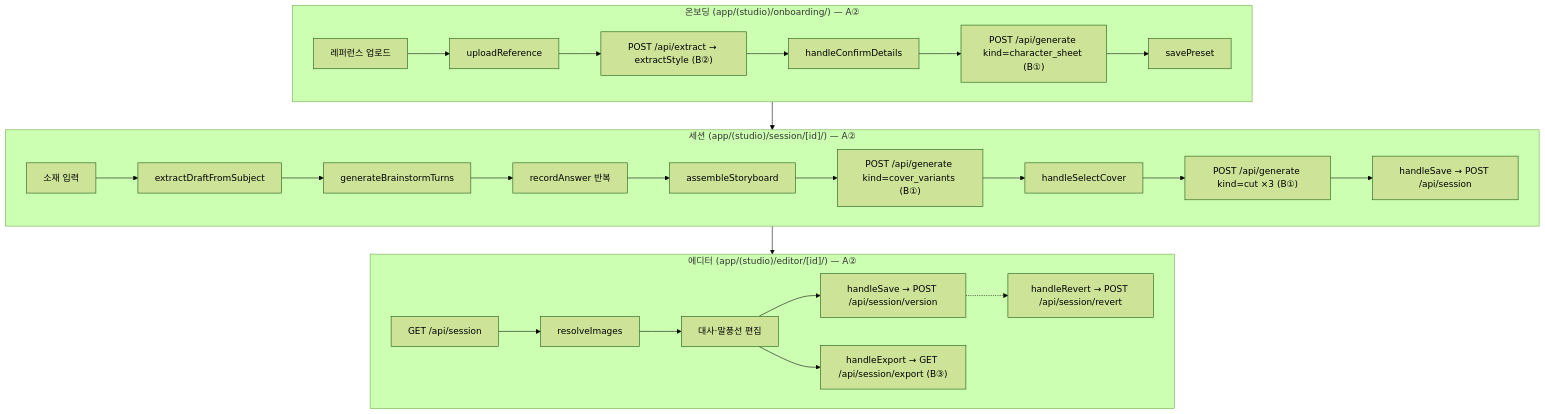
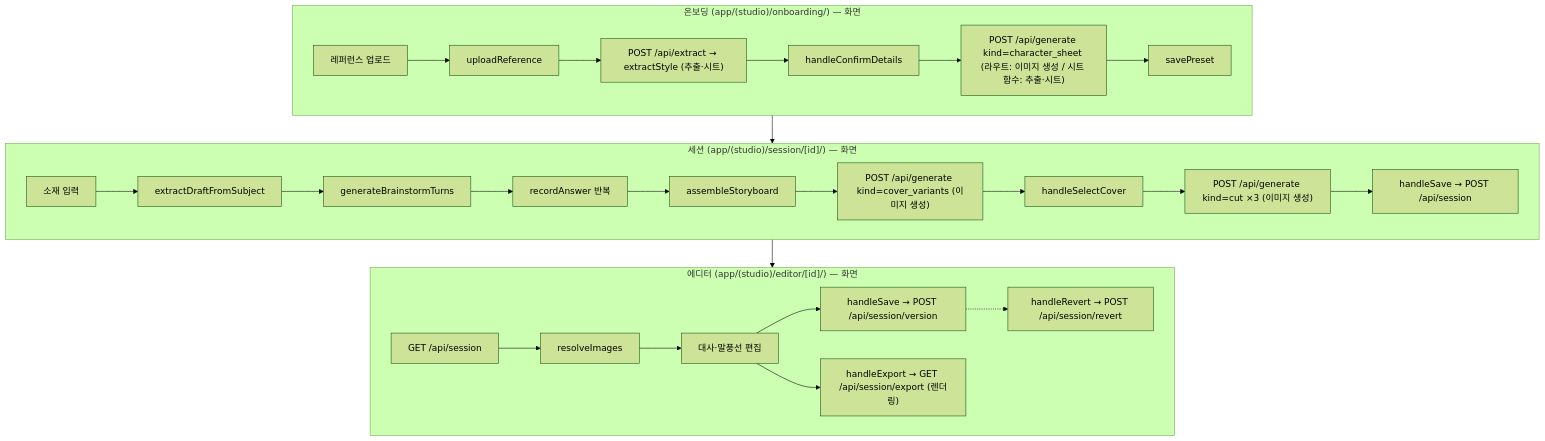
The diagram in docs/pipeline.md (chictimin/cuttoon-copilot), drawn with Mermaid (forest theme) before and after one commit. The commit also changed other lines of this file and 2 other files, not shown here.

````diff
--- a/docs/pipeline.md
+++ b/docs/pipeline.md
@@ -9,31 +9,31 @@
 ```mermaid
 flowchart TD
-  subgraph 온보딩["온보딩 (app/(studio)/onboarding/) — A②"]
+  subgraph 온보딩["온보딩 (app/(studio)/onboarding/) — 화면"]
     U1[레퍼런스 업로드] --> A1[uploadReference]
-    A1 --> A2["POST /api/extract → extractStyle (B②)"]
+    A1 --> A2["POST /api/extract → extractStyle (추출·시트)"]
     A2 --> A3[handleConfirmDetails]
-    A3 --> A4["POST /api/generate kind=character_sheet (B①)"]
+    A3 --> A4["POST /api/generate kind=character_sheet (라우트: 이미지 생성 / 시트 함수: 추출·시트)"]
     A4 --> A5[savePreset]
   end
 
-  subgraph 세션["세션 (app/(studio)/session/[id]/) — A②"]
+  subgraph 세션["세션 (app/(studio)/session/[id]/) — 화면"]
     B1[소재 입력] --> B2[extractDraftFromSubject]
     B2 --> B3[generateBrainstormTurns]
     B3 --> B4[recordAnswer 반복]
     B4 --> B5[assembleStoryboard]
-    B5 --> B6["POST /api/generate kind=cover_variants (B①)"]
+    B5 --> B6["POST /api/generate kind=cover_variants (이미지 생성)"]
     B6 --> B7[handleSelectCover]
-    B7 --> B8["POST /api/generate kind=cut ×3 (B①)"]
+    B7 --> B8["POST /api/generate kind=cut ×3 (이미지 생성)"]
     B8 --> B9[handleSave → POST /api/session]
   end
 
-  subgraph 에디터["에디터 (app/(studio)/editor/[id]/) — A②"]
+  subgraph 에디터["에디터 (app/(studio)/editor/[id]/) — 화면"]
     C1[GET /api/session] --> C2[resolveImages]
     C2 --> C3[대사·말풍선 편집]
     C3 --> C4[handleSave → POST /api/session/version]
     C4 -.-> C5[handleRevert → POST /api/session/revert]
-    C3 --> C6["handleExport → GET /api/session/export (B③)"]
+    C3 --> C6["handleExport → GET /api/session/export (렌더링)"]
   end
 
   온보딩 --> 세션 --> 에디터
 ```
````
